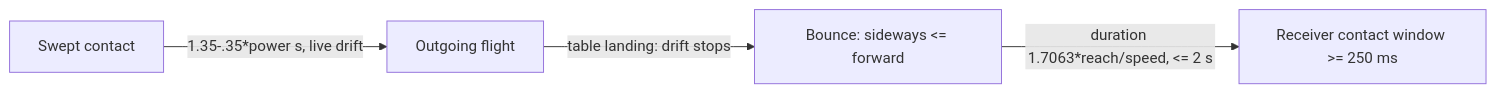
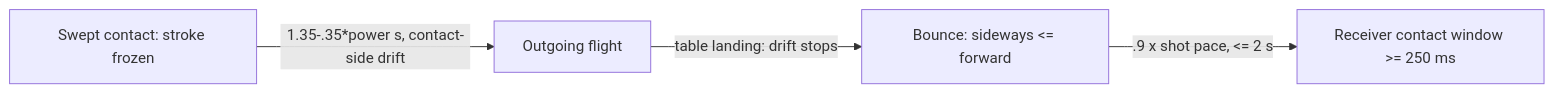
Before and after one commit to aarahman04/One-on-One-Android: the first of 57 diagrams in docs/ARCHITECTURE.md, drawn with Mermaid. The commit also changed other lines of this file and 9 other files, not shown here.

First line of the commit message:
fix(pong): curve fixed at contact and bounce keeps the shot's pace

````diff
--- a/docs/ARCHITECTURE.md
+++ b/docs/ARCHITECTURE.md
@@ -23,6 +24,6 @@
 ```mermaid
 flowchart LR
-    Hit[Swept contact] -->|1.35-.35*power s, live drift| Air[Outgoing flight]
+    Hit[Swept contact: stroke frozen] -->|1.35-.35*power s, contact-side drift| Air[Outgoing flight]
     Air -->|table landing: drift stops| Bounce[Bounce: sideways <= forward]
-    Bounce -->|duration 1.7063*reach/speed, <= 2 s| Receiver[Receiver contact window >= 250 ms]
+    Bounce -->|.9 x shot pace, <= 2 s| Receiver[Receiver contact window >= 250 ms]
 ```
````
